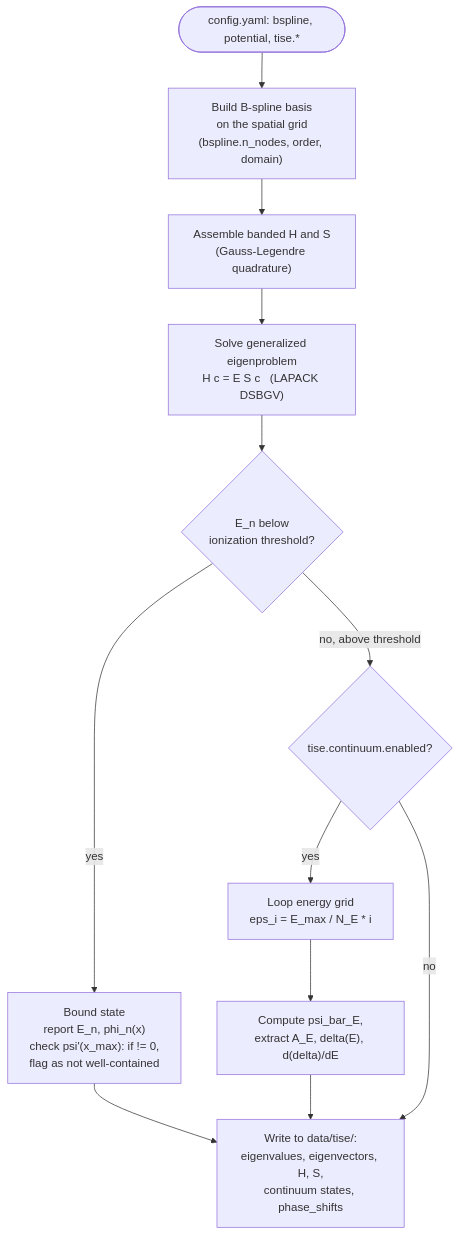
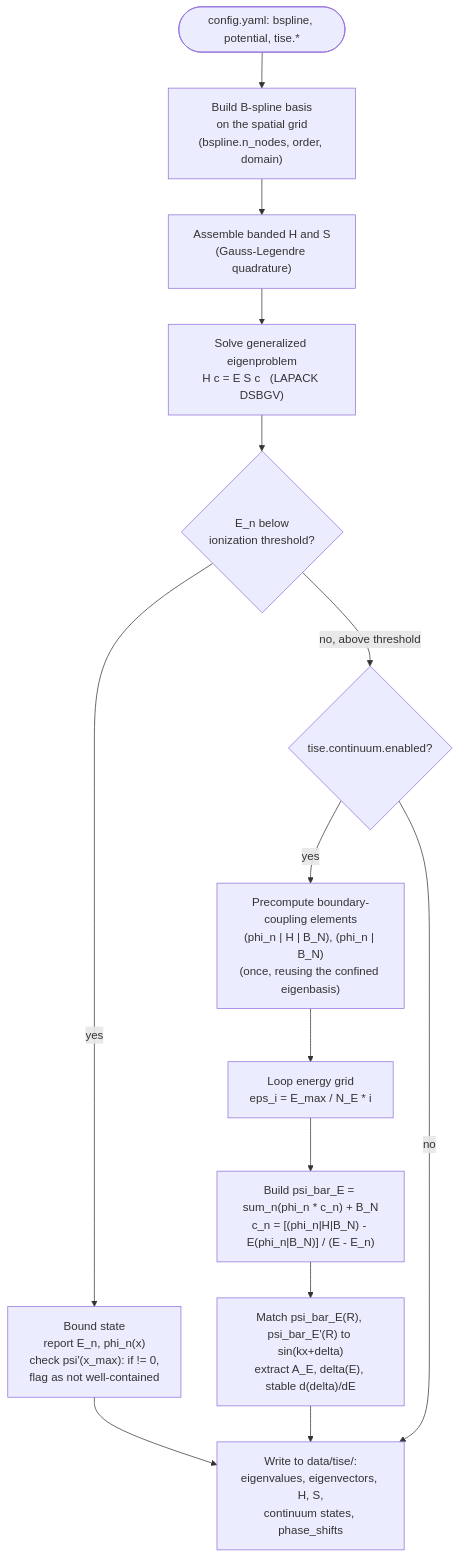
The sixth of 14 diagrams in 1D-QM-Playground/docs/diagrams.md (Razgriz117/BSpline-CPP), drawn with Mermaid before and after one commit. The commit also changed other lines of this file and 6 other files, not shown here.

````diff
--- a/1D-QM-Playground/docs/diagrams.md
+++ b/1D-QM-Playground/docs/diagrams.md
@@ -294,19 +294,21 @@
 ```mermaid
 flowchart TD
     START(["config.yaml: bspline, potential, tise.*"])
     BUILD["Build B-spline basis\non the spatial grid\n(bspline.n_nodes, order, domain)"]
     ASSEMBLE["Assemble banded H and S\n(Gauss-Legendre quadrature)"]
     SOLVE["Solve generalized eigenproblem\nH c = E S c   (LAPACK DSBGV)"]
     CLASSIFY{"E_n below\nionization threshold?"}
     BOUND["Bound state\nreport E_n, phi_n(x)\ncheck psi'(x_max): if != 0,\nflag as not well-contained"]
     CONTEN{"tise.continuum.enabled?"}
+    PRECOMP["Precompute boundary-coupling elements\n(phi_n | H | B_N), (phi_n | B_N)\n(once, reusing the confined eigenbasis)"]
     LOOP["Loop energy grid\neps_i = E_max / N_E * i"]
-    MATCH["Compute psi_bar_E,\nextract A_E, delta(E), d(delta)/dE"]
+    BUILDPSI["Build psi_bar_E = sum_n(phi_n * c_n) + B_N\nc_n = [(phi_n|H|B_N) - E(phi_n|B_N)] / (E - E_n)"]
+    MATCH["Match psi_bar_E(R), psi_bar_E'(R) to sin(kx+delta)\nextract A_E, delta(E), stable d(delta)/dE"]
     WRITE["Write to data/tise/:\neigenvalues, eigenvectors, H, S,\ncontinuum states, phase_shifts"]
 
     START --> BUILD --> ASSEMBLE --> SOLVE --> CLASSIFY
     CLASSIFY -->|yes| BOUND --> WRITE
     CLASSIFY -->|no, above threshold| CONTEN
-    CONTEN -->|yes| LOOP --> MATCH --> WRITE
+    CONTEN -->|yes| PRECOMP --> LOOP --> BUILDPSI --> MATCH --> WRITE
     CONTEN -->|no| WRITE
 ```
````
